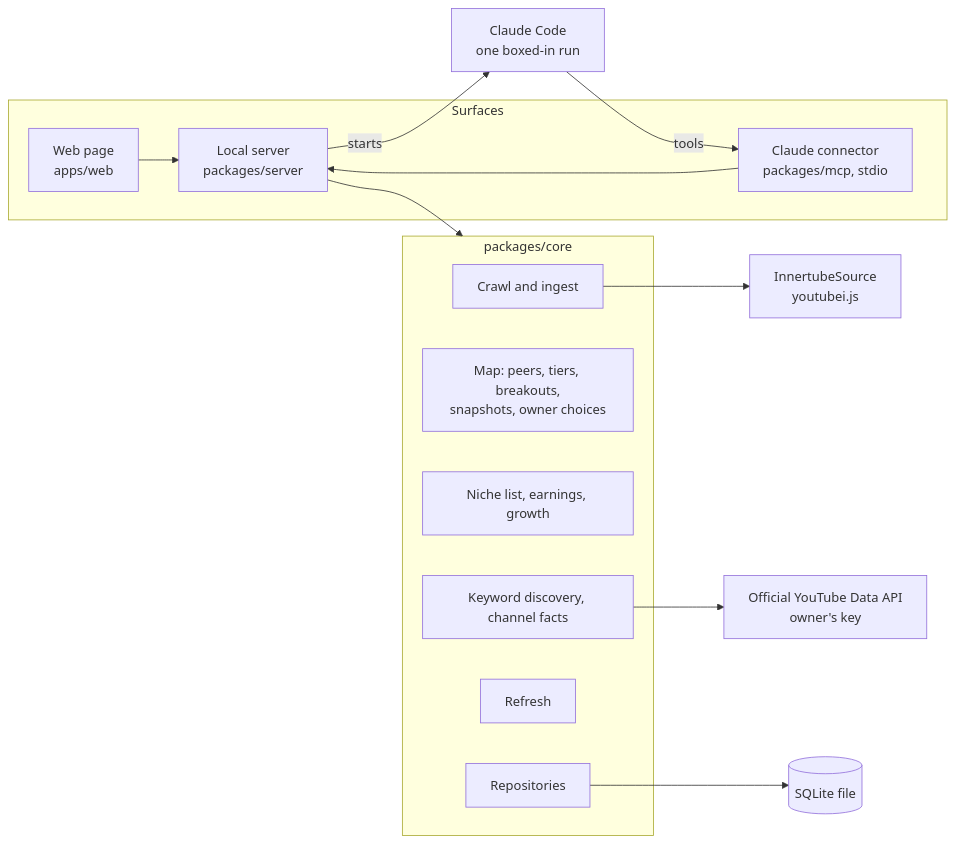
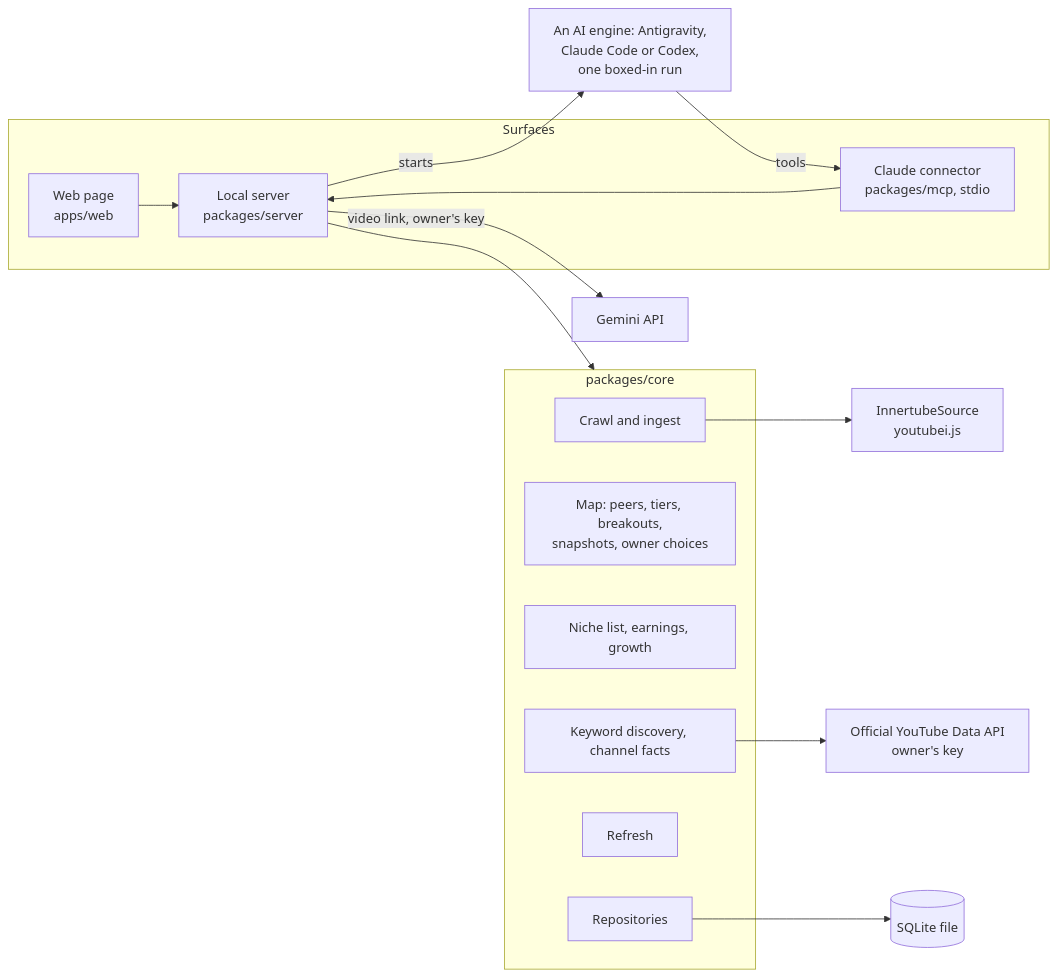
One commit to douggue/mcptest changed the diagram in docs/ARCHITECTURE.md. Above: the diagram before and after it, drawn with Mermaid. The commit also changed other lines of this file and 12 other files, not shown here.

First line of the commit message:
docs: what each engine needs, how it is boxed in, and what is unproven

````diff
--- a/docs/ARCHITECTURE.md
+++ b/docs/ARCHITECTURE.md
@@ -10,24 +13,25 @@
 ```mermaid
 flowchart LR
   subgraph Surfaces
     WEB[Web page<br/>apps/web]
     SRV[Local server<br/>packages/server]
     MCP[Claude connector<br/>packages/mcp, stdio]
   end
   subgraph Core[packages/core]
     CRAWL[Crawl and ingest]
     MAP[Map: peers, tiers, breakouts,<br/>snapshots, owner choices]
     NICHE[Niche list, earnings, growth]
     DISC[Keyword discovery, channel facts]
     REF[Refresh]
     REPO[Repositories]
   end
   WEB --> SRV
   SRV --> Core
   MCP --> SRV
-  SRV -- starts --> CC[Claude Code<br/>one boxed-in run]
+  SRV -- starts --> CC[An AI engine: Antigravity,<br/>Claude Code or Codex,<br/>one boxed-in run]
   CC -- tools --> MCP
+  SRV -- video link, owner's key --> GEM[Gemini API]
   CRAWL --> IT[InnertubeSource<br/>youtubei.js]
   DISC --> DA[Official YouTube Data API<br/>owner's key]
   REPO --> DB[(SQLite file)]
 ```
````
